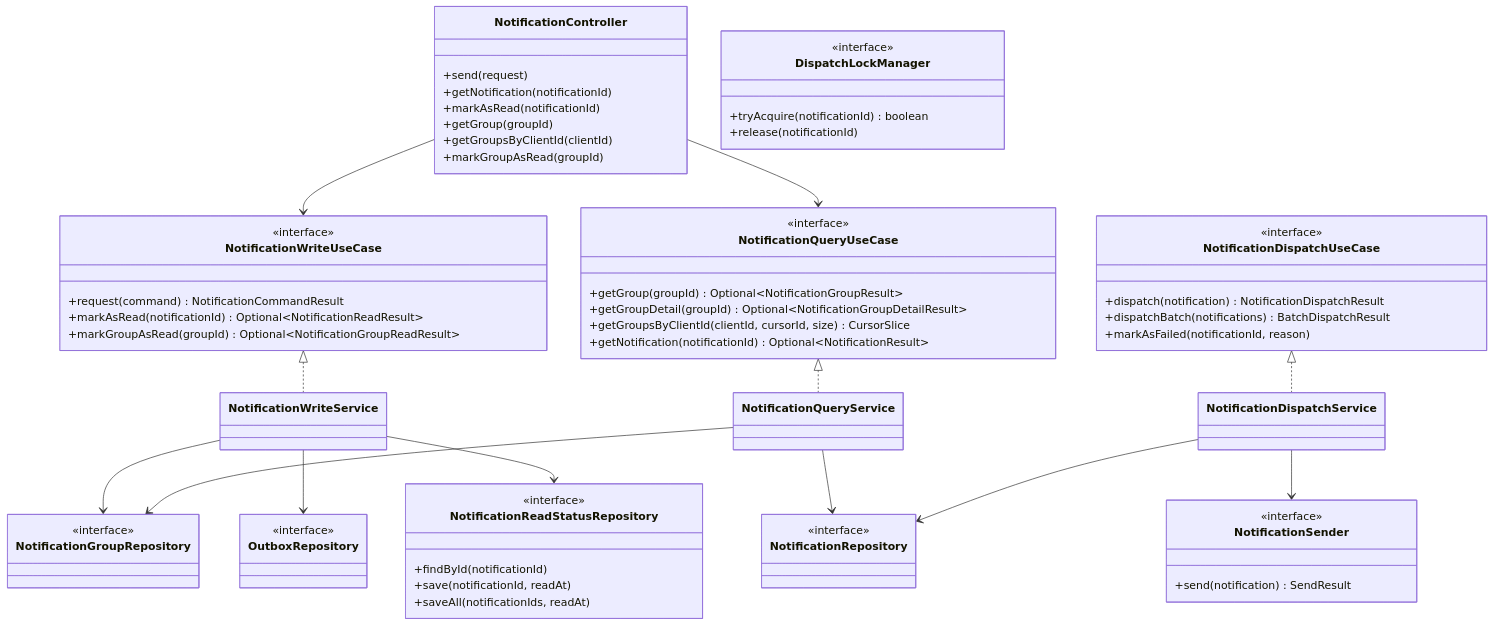
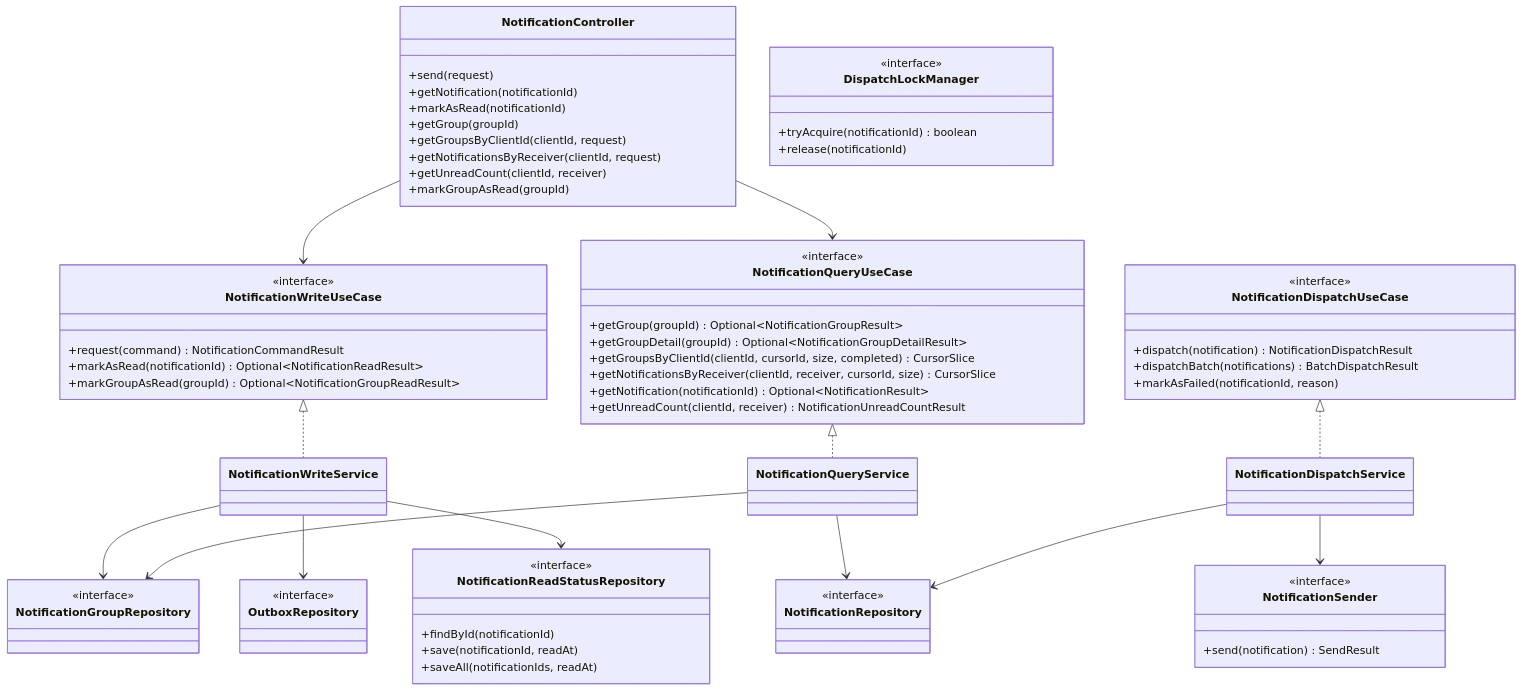
Before and after one commit to yht0827/notification-dispatcher: the first of 6 diagrams in docs/03-class-diagrams.md, drawn with Mermaid. The commit also changed other lines of this file and 2 other files, not shown here.

```diff
--- a/docs/03-class-diagrams.md
+++ b/docs/03-class-diagrams.md
@@ -22,7 +22,9 @@
       +getNotification(notificationId)
       +markAsRead(notificationId)
       +getGroup(groupId)
-      +getGroupsByClientId(clientId)
+      +getGroupsByClientId(clientId, request)
+      +getNotificationsByReceiver(clientId, request)
+      +getUnreadCount(clientId, receiver)
       +markGroupAsRead(groupId)
     }
 
@@ -37,8 +39,10 @@
       <<interface>>
       +getGroup(groupId) Optional~NotificationGroupResult~
       +getGroupDetail(groupId) Optional~NotificationGroupDetailResult~
-      +getGroupsByClientId(clientId, cursorId, size) CursorSlice
+      +getGroupsByClientId(clientId, cursorId, size, completed) CursorSlice
+      +getNotificationsByReceiver(clientId, receiver, cursorId, size) CursorSlice
       +getNotification(notificationId) Optional~NotificationResult~
+      +getUnreadCount(clientId, receiver) NotificationUnreadCountResult
     }
 
     class NotificationDispatchUseCase {
```
